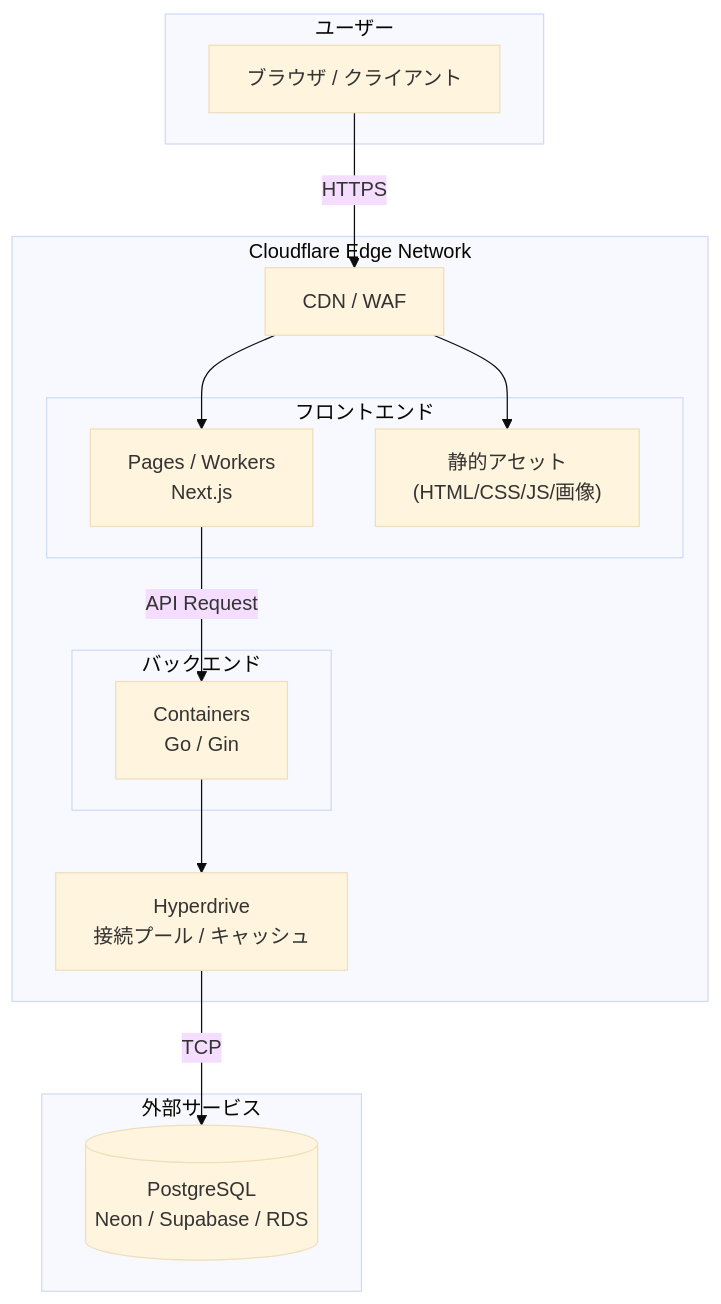
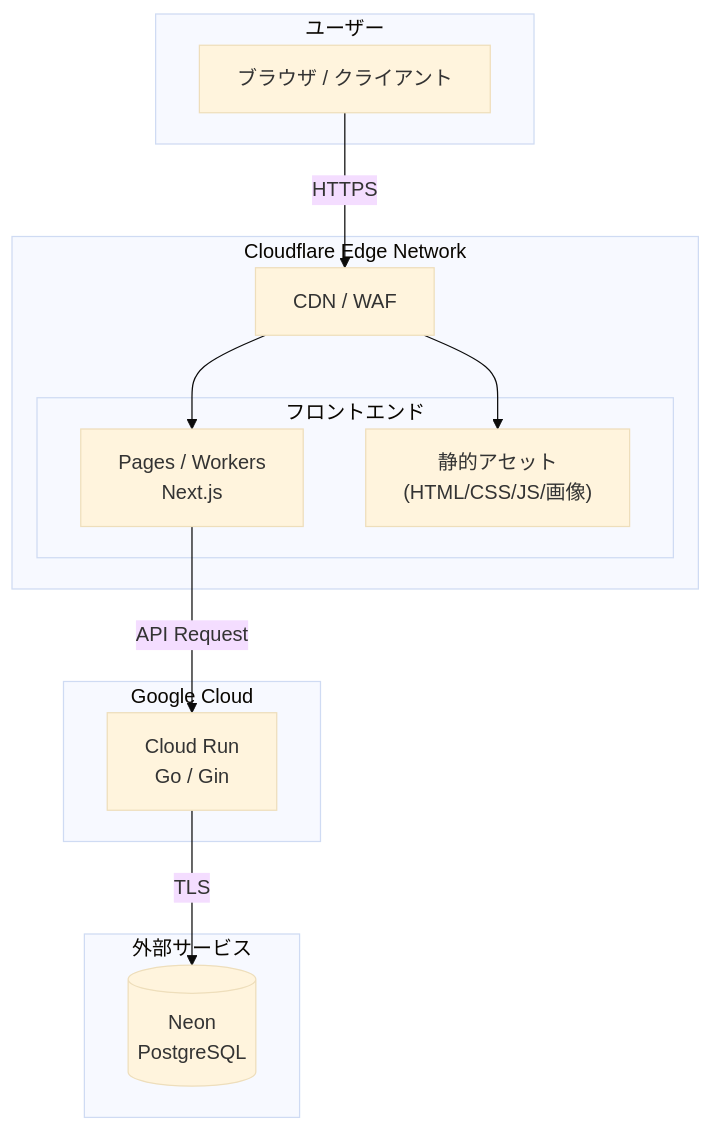
One commit to yasudaProduct/cinetag changed the first of 3 diagrams in docs/infrastructure-configuration.md. Above: the diagram before and after it, drawn with Mermaid (base theme). The commit also changed other lines of this file and 4 other files, not shown here.

````diff
--- a/docs/infrastructure-configuration.md
+++ b/docs/infrastructure-configuration.md
@@ -26,32 +17,30 @@
 ```mermaid
 flowchart TB
     subgraph Users["ユーザー"]
         Browser["ブラウザ / クライアント"]
     end
 
     subgraph Cloudflare["Cloudflare Edge Network"]
         CDN["CDN / WAF"]
         
         subgraph Frontend["フロントエンド"]
             Pages["Pages / Workers<br/>Next.js"]
             Static["静的アセット<br/>(HTML/CSS/JS/画像)"]
         end
         
-        subgraph Backend["バックエンド"]
-            Containers["Containers<br/>Go / Gin"]
-        end
-        
-        Hyperdrive["Hyperdrive<br/>接続プール / キャッシュ"]
+    end
+
+    subgraph GoogleCloud["Google Cloud"]
+        CloudRun["Cloud Run<br/>Go / Gin"]
     end
 
     subgraph External["外部サービス"]
-        PostgreSQL[("PostgreSQL<br/>Neon / Supabase / RDS")]
+        PostgreSQL[("Neon<br/>PostgreSQL")]
     end
 
     Browser -->|HTTPS| CDN
     CDN --> Pages
     CDN --> Static
-    Pages -->|API Request| Containers
-    Containers --> Hyperdrive
-    Hyperdrive -->|TCP| PostgreSQL
+    Pages -->|API Request| CloudRun
+    CloudRun -->|TLS| PostgreSQL
 ```
````
